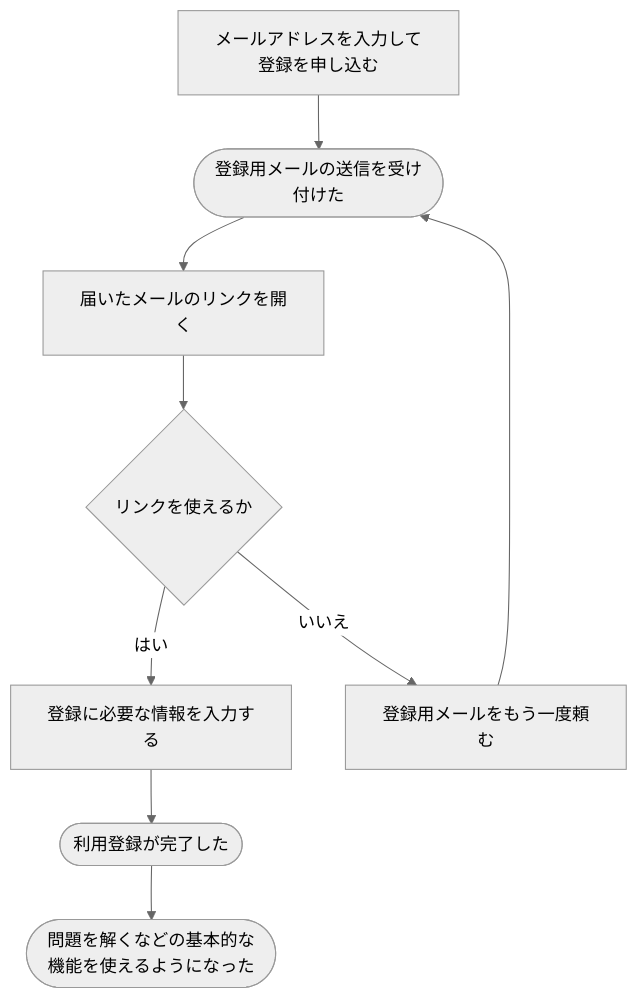
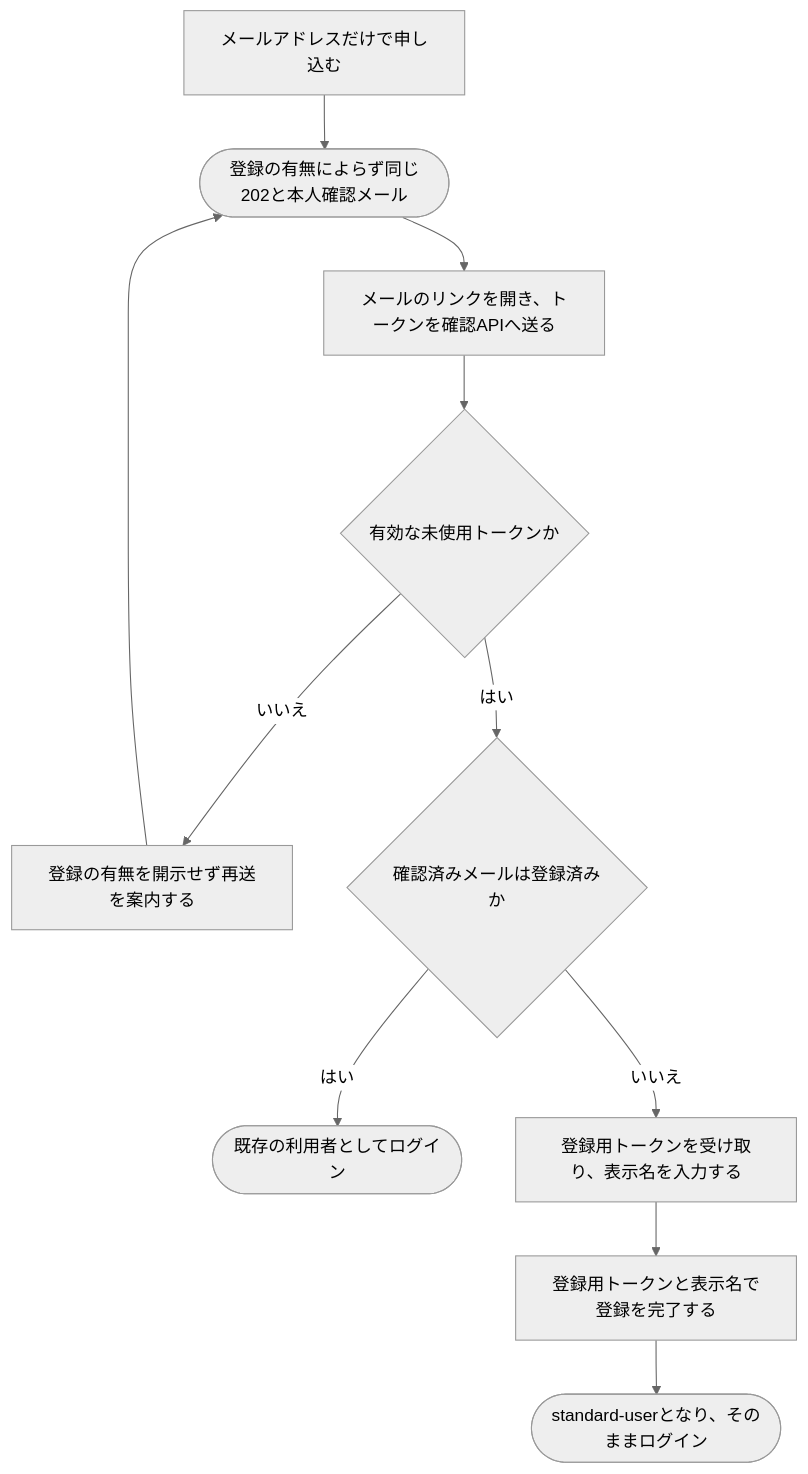
One commit to traP-jp/traOJudge changed the diagram in docs/requirements/scenarios/authentication/register.md. Above: the diagram before and after it, drawn with Mermaid (neutral theme). The commit also changed other lines of this file and 36 other files, not shown here.

First line of the commit message:
feat(authentication): Update email change and registration flows

````diff
--- a/docs/requirements/scenarios/authentication/register.md
+++ b/docs/requirements/scenarios/authentication/register.md
@@ -24,11 +25,13 @@
 ```mermaid
 flowchart TD
-    A["メールアドレスを入力して登録を申し込む"] --> B(["登録用メールの送信を受け付けた"])
-    B --> C["届いたメールのリンクを開く"]
-    C --> D{"リンクを使えるか"}
-    D -->|はい| E["登録に必要な情報を入力する"]
-    E --> F(["利用登録が完了した"])
-    F --> G(["問題を解くなどの基本的な機能を使えるようになった"])
-    D -->|いいえ| H["登録用メールをもう一度頼む"]
+    A["メールアドレスだけで申し込む"] --> B(["登録の有無によらず同じ202と本人確認メール"])
+    B --> C["メールのリンクを開き、トークンを確認APIへ送る"]
+    C --> D{"有効な未使用トークンか"}
+    D -->|いいえ| H["登録の有無を開示せず再送を案内する"]
+    D -->|はい| R{"確認済みメールは登録済みか"}
+    R -->|はい| L(["既存の利用者としてログイン"])
+    R -->|いいえ| E["登録用トークンを受け取り、表示名を入力する"]
+    E --> F["登録用トークンと表示名で登録を完了する"]
+    F --> G(["standard-userとなり、そのままログイン"])
     H --> B
 ```
````
